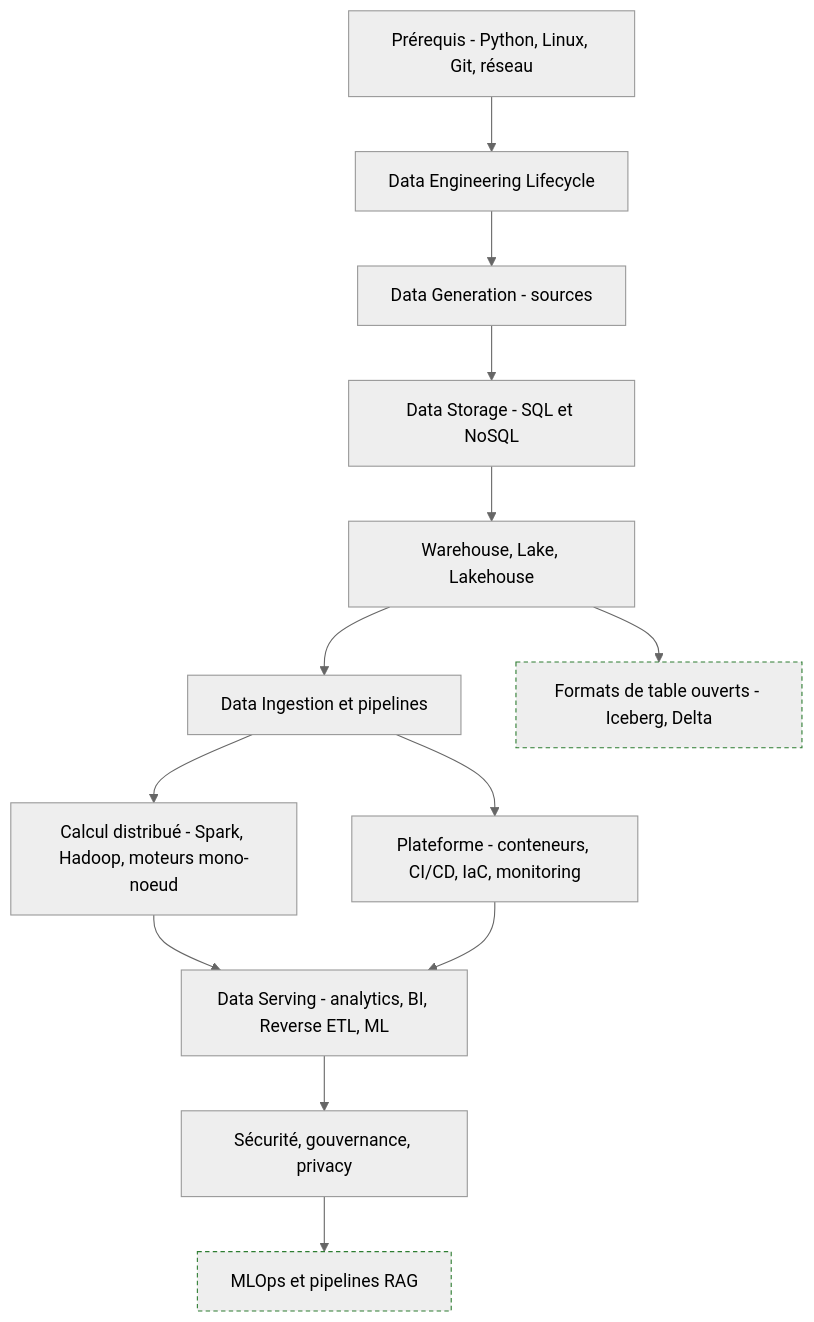
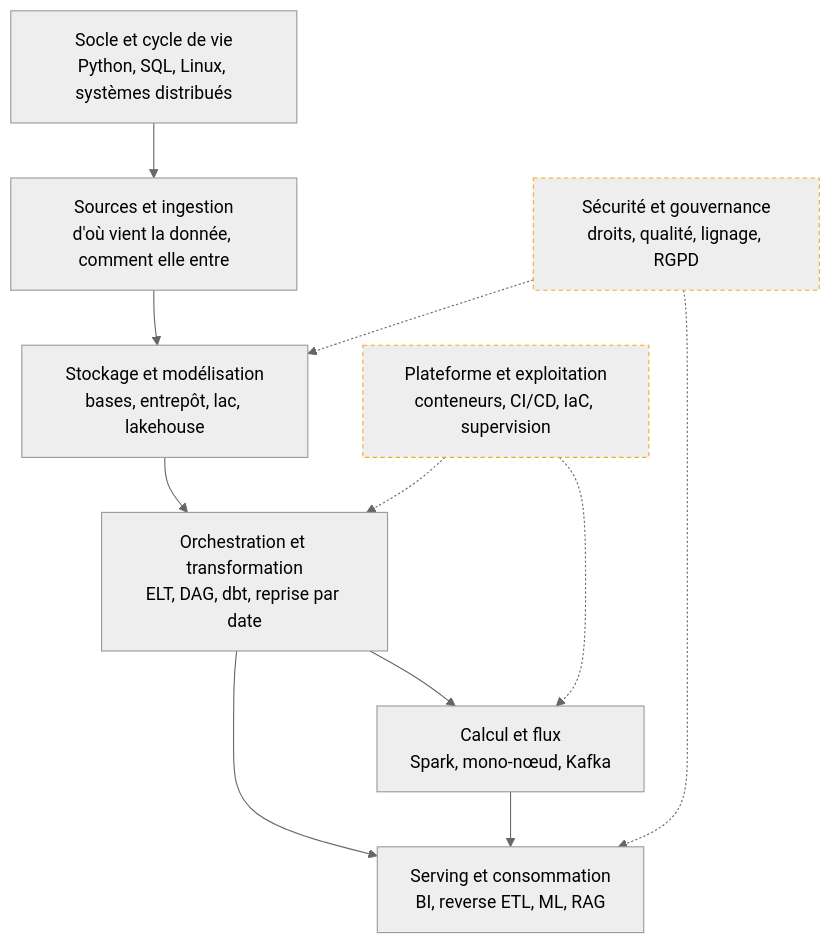
One commit to floSa/Atlas-Metiers-Roadmaps changed the diagram in content/parcours/data-engineer/index.md. Above: the diagram before and after it, drawn with Mermaid (neutral theme). The commit also changed other lines of this file and 3 other files, not shown here.

Commit message:
Data Engineer : page d'entree et trois premieres feuilles, socle, ingestion, stockage

````diff
--- a/content/parcours/data-engineer/index.md
+++ b/content/parcours/data-engineer/index.md
@@ -13,16 +15,25 @@
 ```mermaid
 flowchart TD
-  A["Prérequis - Python, Linux, Git, réseau"] --> B["Data Engineering Lifecycle"]
-  B --> C["Data Generation - sources"]
-  C --> D["Data Storage - SQL et NoSQL"]
-  D --> E["Warehouse, Lake, Lakehouse"]
-  E --> F["Data Ingestion et pipelines"]
-  F --> G["Calcul distribué - Spark, Hadoop, moteurs mono-noeud"]
-  F --> H["Plateforme - conteneurs, CI/CD, IaC, monitoring"]
-  G --> I["Data Serving - analytics, BI, Reverse ETL, ML"]
-  H --> I
-  E --> K["Formats de table ouverts - Iceberg, Delta"]:::ajout
-  I --> L["Sécurité, gouvernance, privacy"]
-  L --> M["MLOps et pipelines RAG"]:::ajout
-  classDef ajout stroke:#2e7d32,stroke-width:1px,stroke-dasharray:4 3
+  S["Socle et cycle de vie<br/>Python, SQL, Linux, systèmes distribués"] --> I["Sources et ingestion<br/>d'où vient la donnée, comment elle entre"]
+  I --> ST["Stockage et modélisation<br/>bases, entrepôt, lac, lakehouse"]
+  ST --> O["Orchestration et transformation<br/>ELT, DAG, dbt, reprise par date"]
+  O --> C["Calcul et flux<br/>Spark, mono-nœud, Kafka"]
+  O --> SV["Serving et consommation<br/>BI, reverse ETL, ML, RAG"]
+  C --> SV
+  P["Plateforme et exploitation<br/>conteneurs, CI/CD, IaC, supervision"] -.-> O
+  P -.-> C
+  G["Sécurité et gouvernance<br/>droits, qualité, lignage, RGPD"] -.-> ST
+  G -.-> SV
+
+  click S "/parcours/data-engineer/socle-et-cycle-de-vie"
+  click I "/parcours/data-engineer/sources-et-ingestion"
+  click ST "/parcours/data-engineer/stockage-et-modelisation"
+  click O "/parcours/data-engineer/orchestration-et-transformation"
+  click C "/parcours/data-engineer/calcul-et-flux"
+  click SV "/parcours/data-engineer/serving-et-consommation"
+  click P "/parcours/data-engineer/plateforme-et-exploitation"
+  click G "/parcours/data-engineer/securite-et-gouvernance"
+
+  classDef transverse stroke:#f9a825,stroke-width:1px,stroke-dasharray:4 3
+  class P,G transverse
 ```
````
